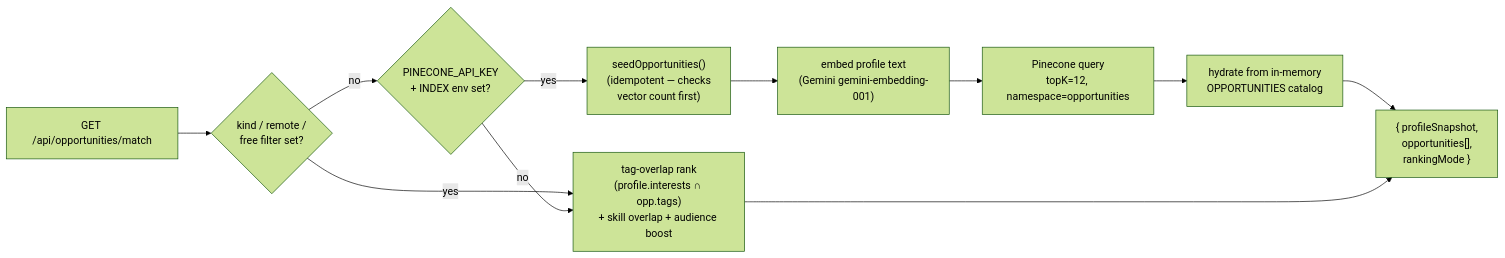
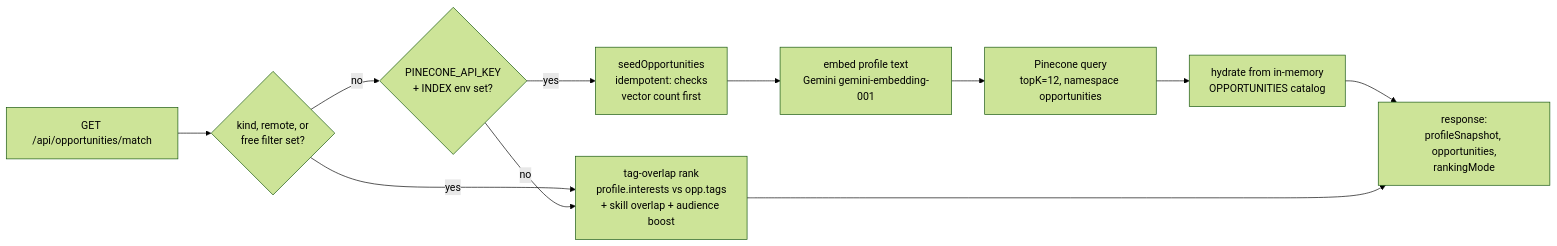
Before and after one commit to WomB0ComB0/ramhacks-26: the third of 4 diagrams in README.md, drawn with Mermaid (forest theme). The commit also changed other lines of this file, not shown here.

First line of the commit message:
docs(readme): fix mermaid render errors

````diff
--- a/README.md
+++ b/README.md
@@ -111,23 +98,23 @@
 ```mermaid
 flowchart LR
     REQ["GET /api/opportunities/match"]
-    FILT{"kind / remote /<br/>free filter set?"}
+    FILT{"kind, remote, or<br/>free filter set?"}
     EN{"PINECONE_API_KEY<br/>+ INDEX env set?"}
-    SEED["seedOpportunities()<br/>(idempotent — checks<br/>vector count first)"]
-    EMBED["embed profile text<br/>(Gemini gemini-embedding-001)"]
-    PIN["Pinecone query<br/>topK=12, namespace=opportunities"]
+    SEED["seedOpportunities<br/>idempotent: checks<br/>vector count first"]
+    EMBED["embed profile text<br/>Gemini gemini-embedding-001"]
+    PIN["Pinecone query<br/>topK=12, namespace opportunities"]
     HYD["hydrate from in-memory<br/>OPPORTUNITIES catalog"]
-    SQL["tag-overlap rank<br/>(profile.interests ∩ opp.tags)<br/>+ skill overlap + audience boost"]
-    OUT["{ profileSnapshot,<br/>opportunities[],<br/>rankingMode }"]
+    SQL["tag-overlap rank<br/>profile.interests vs opp.tags<br/>+ skill overlap + audience boost"]
+    OUT["response:<br/>profileSnapshot, opportunities,<br/>rankingMode"]
 
     REQ --> FILT
-    FILT -- yes --> SQL
-    FILT -- no --> EN
-    EN -- yes --> SEED
-    EN -- no --> SQL
+    FILT -->|yes| SQL
+    FILT -->|no| EN
+    EN -->|yes| SEED
+    EN -->|no| SQL
     SEED --> EMBED
     EMBED --> PIN
     PIN --> HYD
     HYD --> OUT
     SQL --> OUT
 ```
````
